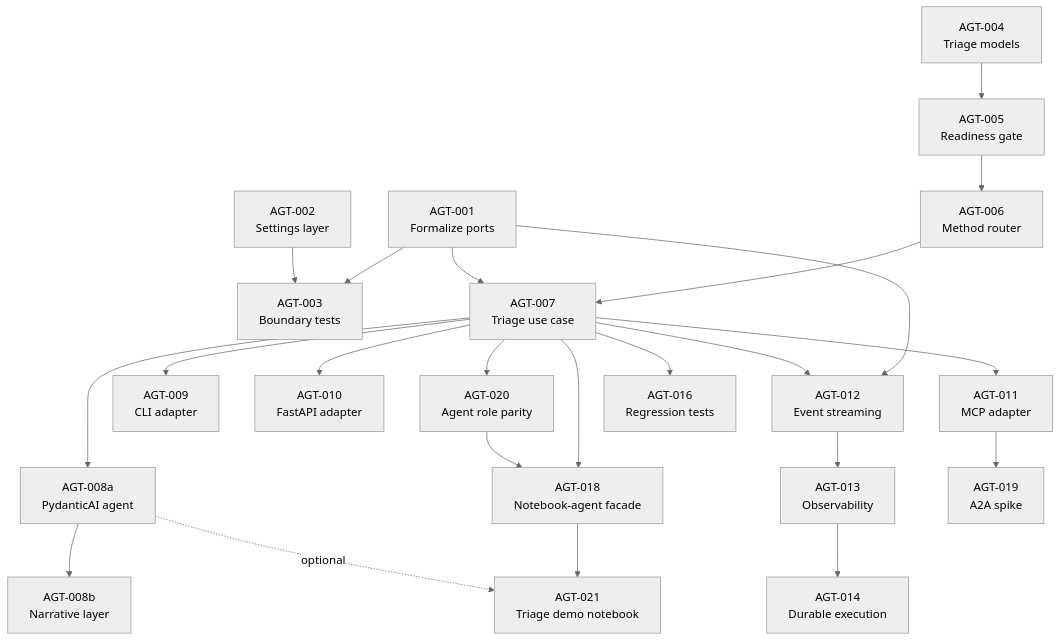
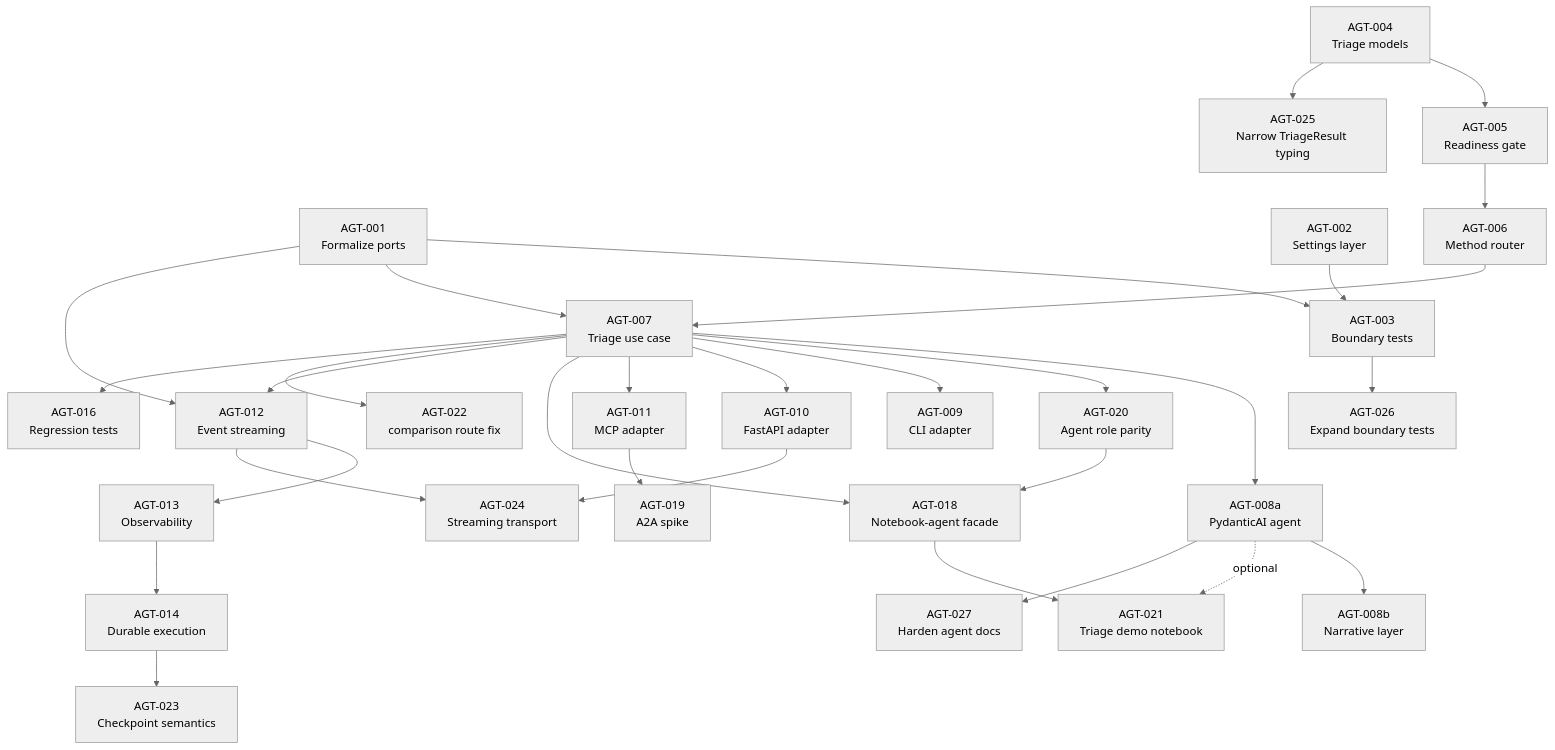
Before and after one commit to AdamKrysztopa/dependence-forecastability: the diagram in docs/plan/agentic_triage_backlog.md, drawn with Mermaid (neutral theme). The commit also changed other lines of this file and 14 other files, not shown here.

First line of the commit message:
E9 review hardening: AGT-022–AGT-028

````diff
--- a/docs/plan/agentic_triage_backlog.md
+++ b/docs/plan/agentic_triage_backlog.md
@@ -973,25 +974,34 @@
 ```mermaid
 graph TD
     AGT001["AGT-001<br>Formalize ports"] --> AGT003["AGT-003<br>Boundary tests"]
     AGT002["AGT-002<br>Settings layer"] --> AGT003
     AGT004["AGT-004<br>Triage models"] --> AGT005["AGT-005<br>Readiness gate"]
     AGT005 --> AGT006["AGT-006<br>Method router"]
     AGT006 --> AGT007["AGT-007<br>Triage use case"]
     AGT001 --> AGT007
     AGT007 --> AGT008a["AGT-008a<br>PydanticAI agent"]
     AGT008a --> AGT008b["AGT-008b<br>Narrative layer"]
     AGT007 --> AGT020["AGT-020<br>Agent role parity"]
     AGT007 --> AGT009["AGT-009<br>CLI adapter"]
     AGT007 --> AGT010["AGT-010<br>FastAPI adapter"]
     AGT007 --> AGT011["AGT-011<br>MCP adapter"]
     AGT007 --> AGT018["AGT-018<br>Notebook-agent facade"]
     AGT018 --> AGT021["AGT-021<br>Triage demo notebook"]
     AGT020 --> AGT018
     AGT008a -.->|optional| AGT021
     AGT001 --> AGT012["AGT-012<br>Event streaming"]
     AGT007 --> AGT012
     AGT012 --> AGT013["AGT-013<br>Observability"]
     AGT013 --> AGT014["AGT-014<br>Durable execution"]
+
+    %% E9 — Review hardening
+    AGT007 --> AGT022["AGT-022<br>comparison route fix"]
+    AGT014 --> AGT023["AGT-023<br>Checkpoint semantics"]
+    AGT012 --> AGT024["AGT-024<br>Streaming transport"]
+    AGT010 --> AGT024
+    AGT004 --> AGT025["AGT-025<br>Narrow TriageResult typing"]
+    AGT003 --> AGT026["AGT-026<br>Expand boundary tests"]
+    AGT008a --> AGT027["AGT-027<br>Harden agent docs"]
     AGT007 --> AGT016["AGT-016<br>Regression tests"]
     AGT011 --> AGT019["AGT-019<br>A2A spike"]
 ```
````
